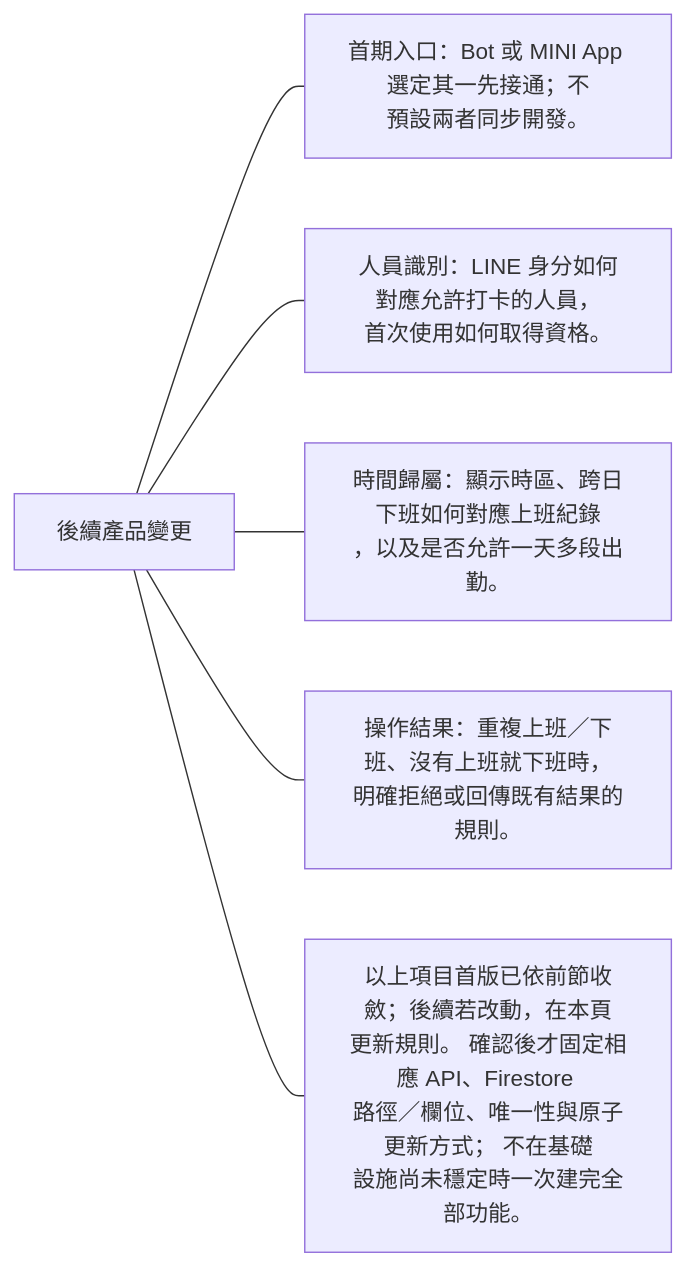
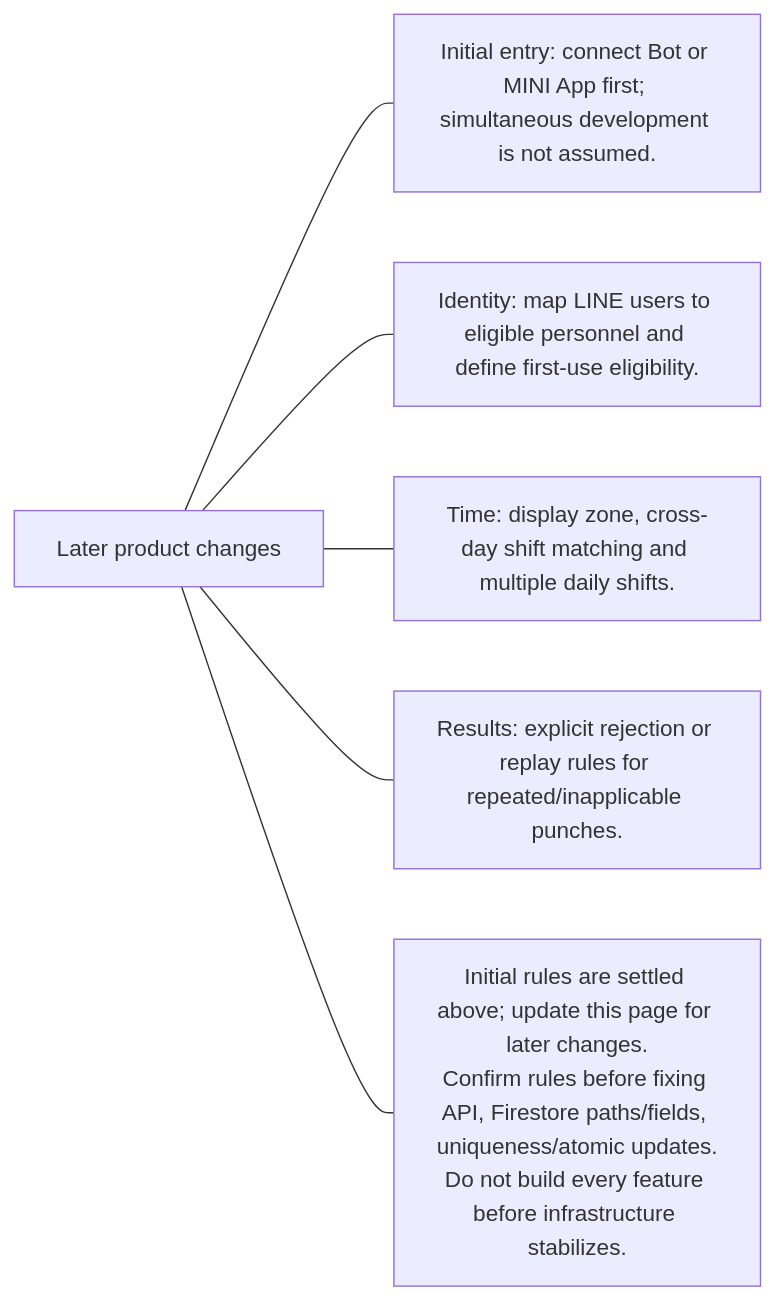
The seventh of 15 diagrams in docs/domains/attendance/README.md (963sup/line-mini-app-bot), drawn with Mermaid before and after one commit. The commit also changed other lines of this file and 341 other files, not shown here.

````diff
--- a/docs/domains/attendance/README.md
+++ b/docs/domains/attendance/README.md
@@ -147,9 +161,9 @@
 ```mermaid
 flowchart LR
-  h["後續產品變更"]
-  h --- n0["首期入口：Bot 或 MINI App 選定其一先接通；不<br/>預設兩者同步開發。"]
-  h --- n1["人員識別：LINE 身分如何對應允許打卡的人員，<br/>首次使用如何取得資格。"]
-  h --- n2["時間歸屬：顯示時區、跨日下班如何對應上班紀錄<br/>，以及是否允許一天多段出勤。"]
-  h --- n3["操作結果：重複上班／下班、沒有上班就下班時，<br/>明確拒絕或回傳既有結果的規則。"]
-  h --- n4["以上項目首版已依前節收斂；後續若改動，在本頁<br/>更新規則。 確認後才固定相應 API、Firestore <br/>路徑／欄位、唯一性與原子更新方式； 不在基礎<br/>設施尚未穩定時一次建完全部功能。"]
+  h["Later product changes"]
+  h --- n0["Initial entry: connect Bot or MINI App first; simultaneous development is not assumed."]
+  h --- n1["Identity: map LINE users to eligible personnel and define first-use eligibility."]
+  h --- n2["Time: display zone, cross-day shift matching and multiple daily shifts."]
+  h --- n3["Results: explicit rejection or replay rules for repeated/inapplicable punches."]
+  h --- n4["Initial rules are settled above; update this page for later changes.<br/>Confirm rules before fixing API, Firestore paths/fields, uniqueness/atomic updates.<br/>Do not build every feature before infrastructure stabilizes."]
 ```
````
